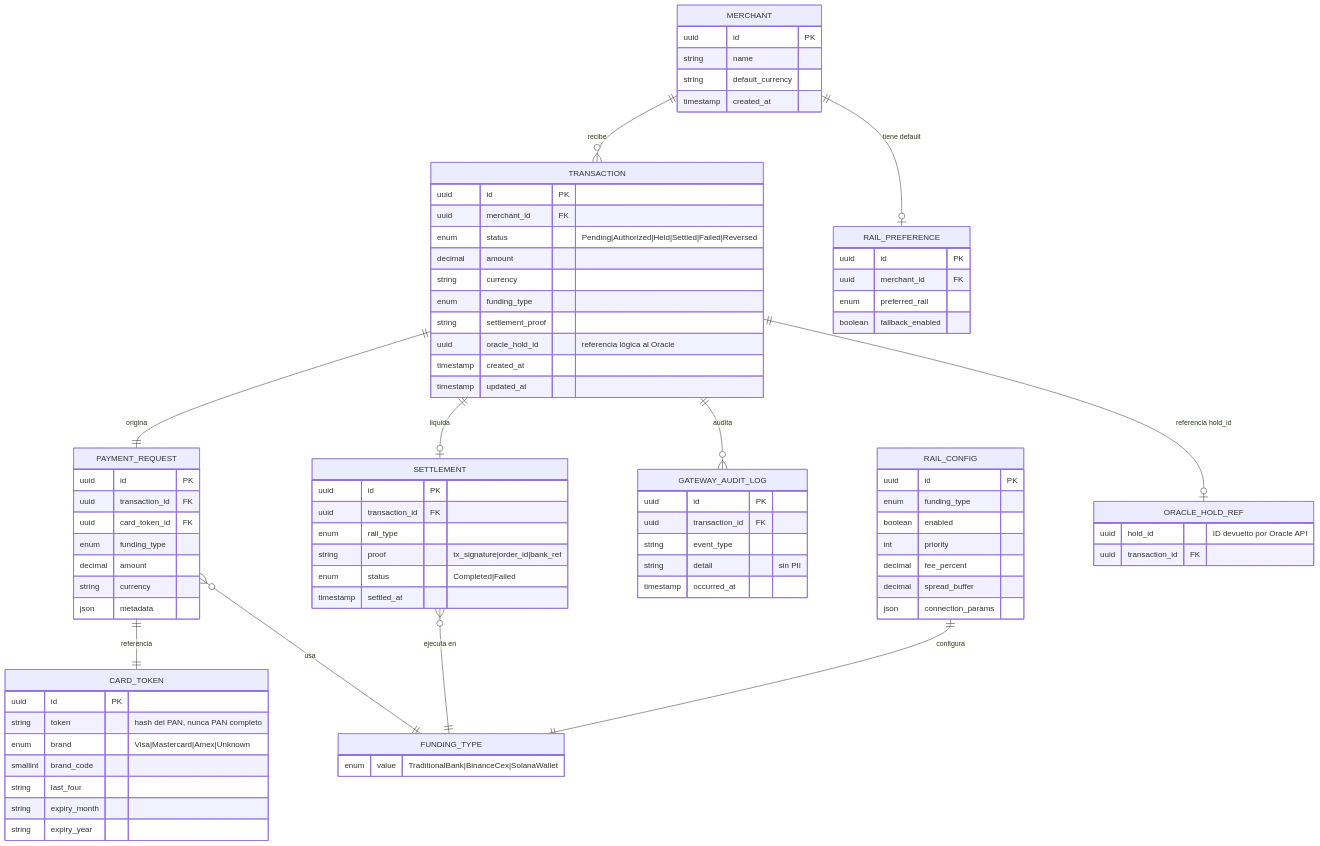
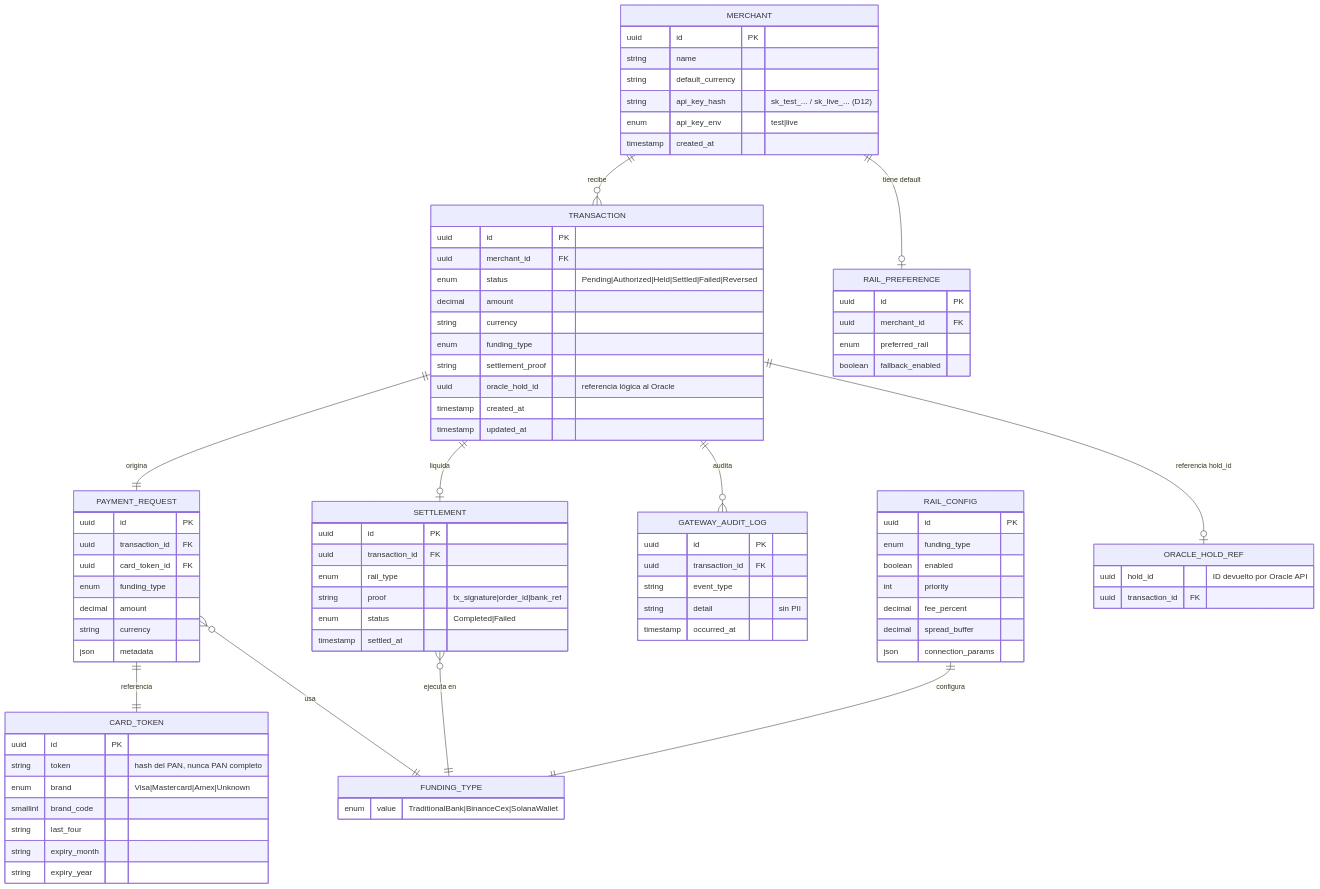
Before and after one commit to rastrahm/pasarela: the third of 17 diagrams in Doc/Casos-de-Uso-ER-Flujos.md, drawn with Mermaid. The commit also changed other lines of this file and 4 other files, not shown here.

```diff
--- a/Doc/Casos-de-Uso-ER-Flujos.md
+++ b/Doc/Casos-de-Uso-ER-Flujos.md
@@ -414,6 +457,8 @@
         uuid id PK
         string name
         string default_currency
+        string api_key_hash "sk_test_... / sk_live_... (D12)"
+        enum api_key_env "test|live"
         timestamp created_at
     }
 
```
